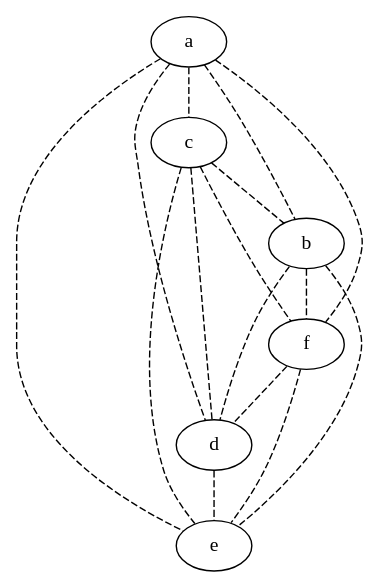
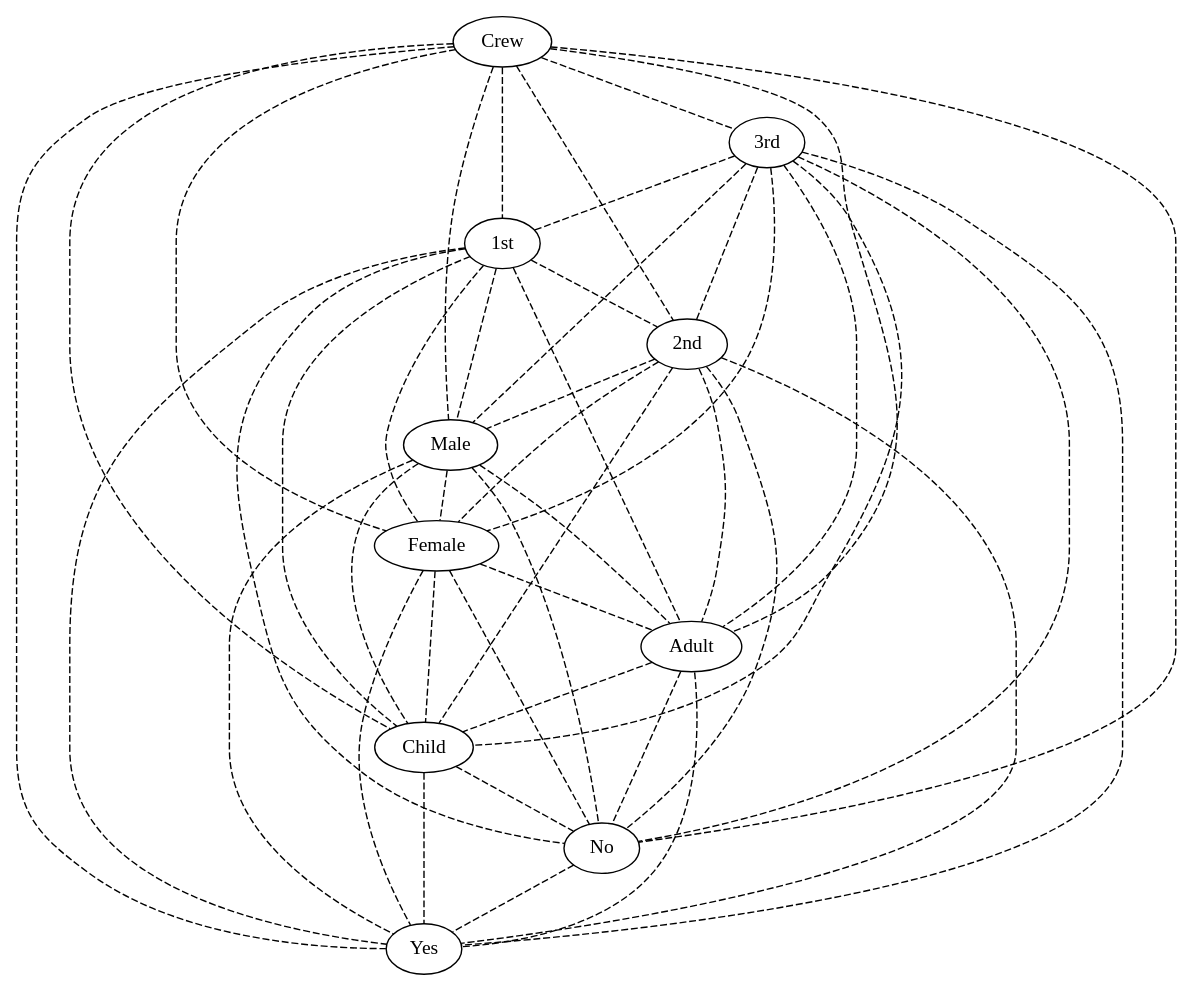
Before and after one commit to lrodrin/TFG: the diagram in src/final/initGraph.dot, drawn with Graphviz. The commit also changed 11 other files, not shown here.

```diff
--- a/src/final/initGraph.dot
+++ b/src/final/initGraph.dot
@@ -1,23 +1,57 @@
 strict graph "" {
-a;
-c;
-b;
-f;
-d;
-e;
-a -- c  [color=black, style=dashed];
-a -- b  [color=black, style=dashed];
-a -- f  [color=black, style=dashed];
-a -- d  [color=black, style=dashed];
-a -- e  [color=black, style=dashed];
-c -- b  [color=black, style=dashed];
-c -- f  [color=black, style=dashed];
-c -- d  [color=black, style=dashed];
-c -- e  [color=black, style=dashed];
-b -- f  [color=black, style=dashed];
-b -- d  [color=black, style=dashed];
-b -- e  [color=black, style=dashed];
-f -- d  [color=black, style=dashed];
-f -- e  [color=black, style=dashed];
-d -- e  [color=black, style=dashed];
+Crew;
+"3rd";
+"1st";
+"2nd";
+Male;
+Female;
+Adult;
+Child;
+No;
+Yes;
+Crew -- "3rd"  [color=black, style=dashed];
+Crew -- "1st"  [color=black, style=dashed];
+Crew -- "2nd"  [color=black, style=dashed];
+Crew -- Male  [color=black, style=dashed];
+Crew -- Female  [color=black, style=dashed];
+Crew -- Adult  [color=black, style=dashed];
+Crew -- Child  [color=black, style=dashed];
+Crew -- No  [color=black, style=dashed];
+Crew -- Yes  [color=black, style=dashed];
+"3rd" -- "1st"  [color=black, style=dashed];
+"3rd" -- "2nd"  [color=black, style=dashed];
+"3rd" -- Male  [color=black, style=dashed];
+"3rd" -- Female  [color=black, style=dashed];
+"3rd" -- Adult  [color=black, style=dashed];
+"3rd" -- Child  [color=black, style=dashed];
+"3rd" -- No  [color=black, style=dashed];
+"3rd" -- Yes  [color=black, style=dashed];
+"1st" -- "2nd"  [color=black, style=dashed];
+"1st" -- Male  [color=black, style=dashed];
+"1st" -- Female  [color=black, style=dashed];
+"1st" -- Adult  [color=black, style=dashed];
+"1st" -- Child  [color=black, style=dashed];
+"1st" -- No  [color=black, style=dashed];
+"1st" -- Yes  [color=black, style=dashed];
+"2nd" -- Male  [color=black, style=dashed];
+"2nd" -- Female  [color=black, style=dashed];
+"2nd" -- Adult  [color=black, style=dashed];
+"2nd" -- Child  [color=black, style=dashed];
+"2nd" -- No  [color=black, style=dashed];
+"2nd" -- Yes  [color=black, style=dashed];
+Male -- Female  [color=black, style=dashed];
+Male -- Adult  [color=black, style=dashed];
+Male -- Child  [color=black, style=dashed];
+Male -- No  [color=black, style=dashed];
+Male -- Yes  [color=black, style=dashed];
+Female -- Adult  [color=black, style=dashed];
+Female -- Child  [color=black, style=dashed];
+Female -- No  [color=black, style=dashed];
+Female -- Yes  [color=black, style=dashed];
+Adult -- Child  [color=black, style=dashed];
+Adult -- No  [color=black, style=dashed];
+Adult -- Yes  [color=black, style=dashed];
+Child -- No  [color=black, style=dashed];
+Child -- Yes  [color=black, style=dashed];
+No -- Yes  [color=black, style=dashed];
 }
```
